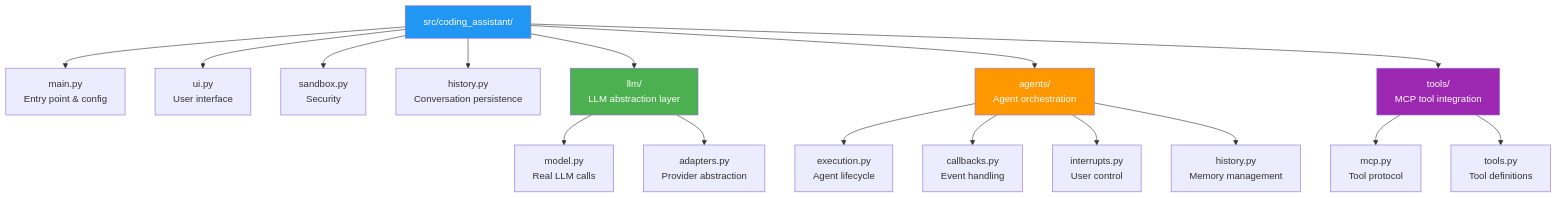
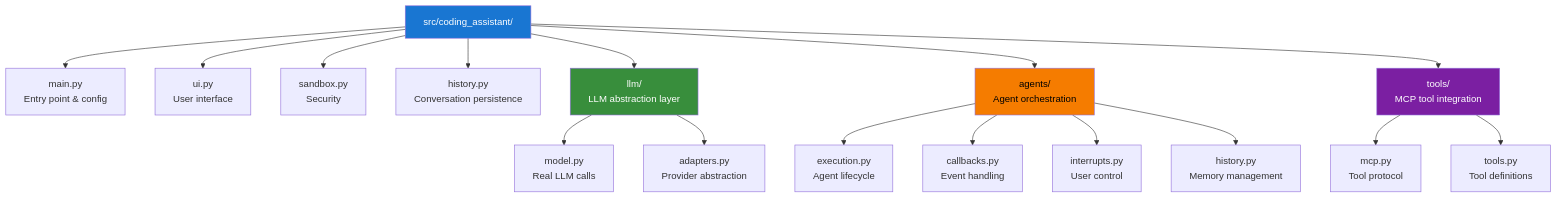
Before and after one commit to fwornle/agentic-ai-nano: the second of 15 diagrams in docs-content/01_frameworks/Session1_ModuleD_Coding_Assistant_Case_Study.md, drawn with Mermaid. The commit also changed other lines of this file, not shown here.

````diff
--- a/docs-content/01_frameworks/Session1_ModuleD_Coding_Assistant_Case_Study.md
+++ b/docs-content/01_frameworks/Session1_ModuleD_Coding_Assistant_Case_Study.md
@@ -62,28 +62,28 @@
 ```mermaid
 graph TB
     ROOT[src/coding_assistant/]
     
     ROOT --> MAIN[main.py<br/>Entry point & config]
     ROOT --> UI[ui.py<br/>User interface]
     ROOT --> SAND[sandbox.py<br/>Security]
     ROOT --> HIST[history.py<br/>Conversation persistence]
     
     ROOT --> LLM[llm/<br/>LLM abstraction layer]
     LLM --> LLM1[model.py<br/>Real LLM calls]
     LLM --> LLM2[adapters.py<br/>Provider abstraction]
     
     ROOT --> AGENTS[agents/<br/>Agent orchestration]
     AGENTS --> AG1[execution.py<br/>Agent lifecycle]
     AGENTS --> AG2[callbacks.py<br/>Event handling]
     AGENTS --> AG3[interrupts.py<br/>User control]
     AGENTS --> AG4[history.py<br/>Memory management]
     
     ROOT --> TOOLS[tools/<br/>MCP tool integration]
     TOOLS --> T1[mcp.py<br/>Tool protocol]
     TOOLS --> T2[tools.py<br/>Tool definitions]
     
-    style LLM fill:#4CAF50,color:#ffffff
-    style AGENTS fill:#FF9800,color:#ffffff
-    style TOOLS fill:#9C27B0,color:#ffffff
-    style ROOT fill:#2196F3,color:#ffffff
+    style LLM fill:#388E3C,color:#ffffff
+    style AGENTS fill:#F57C00,color:#000000
+    style TOOLS fill:#7B1FA2,color:#ffffff
+    style ROOT fill:#1976D2,color:#ffffff
 ```
````
